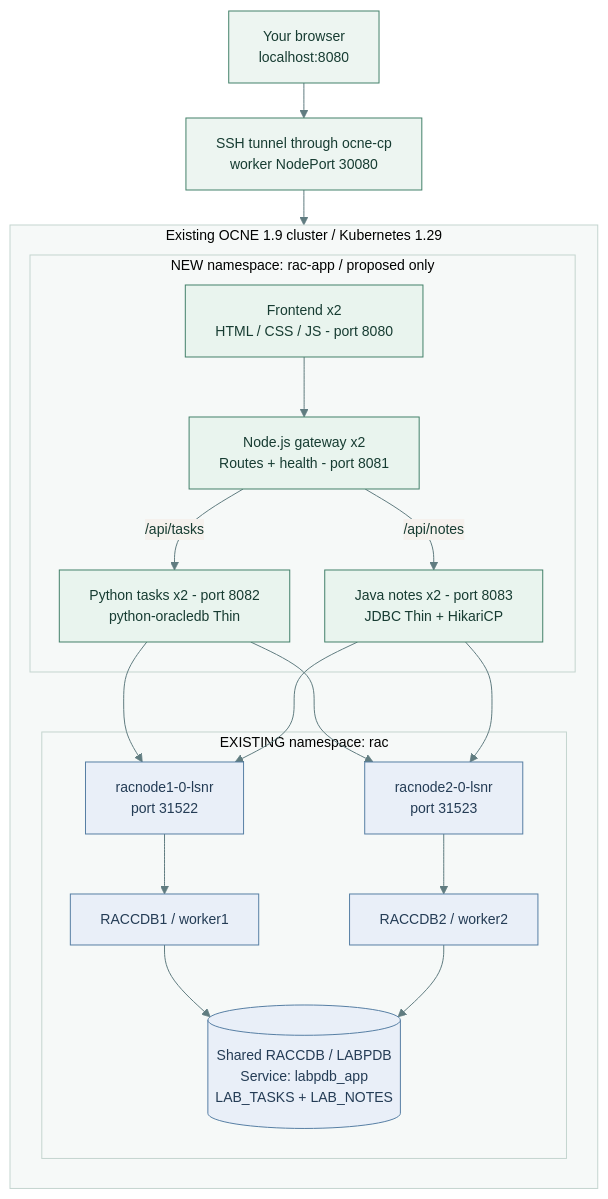
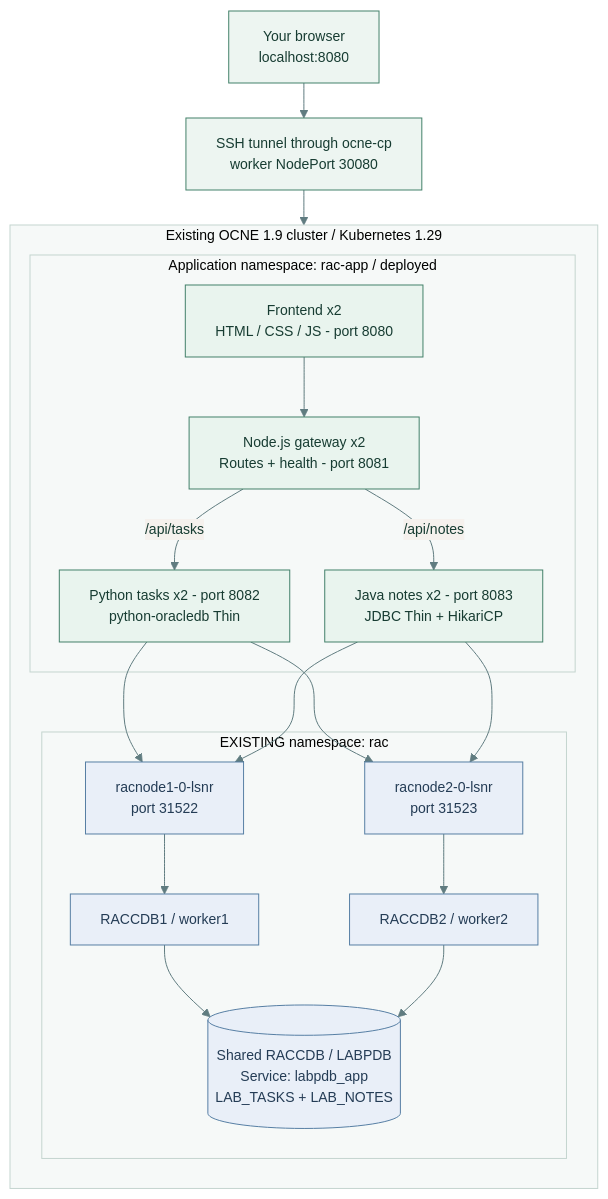
One commit to roopla/ocne-lab-codex changed the diagram in apps/rac-lab-board/docs/diagrams/architecture.mmd. Above: the diagram before and after it, drawn with Mermaid. The commit also changed 42 other files, not shown here.

```diff
--- a/apps/rac-lab-board/docs/diagrams/architecture.mmd
+++ b/apps/rac-lab-board/docs/diagrams/architecture.mmd
@@ -1,33 +1,33 @@
 %%{init: {"theme": "base", "themeVariables": {"fontFamily": "Segoe UI, Arial", "fontSize": "14px", "primaryColor": "#edf5f1", "primaryTextColor": "#173c32", "primaryBorderColor": "#43816a", "lineColor": "#607c80", "clusterBkg": "#f6f9f8", "clusterBorder": "#c4d5cf"}, "flowchart": {"htmlLabels": true, "curve": "basis", "nodeSpacing": 35, "rankSpacing": 35, "wrappingWidth": 260}}}%%
 flowchart TB
   browser["Your browser<br/>localhost:8080"]
   ssh["SSH tunnel through ocne-cp<br/>worker NodePort 30080"]
   subgraph cluster["Existing OCNE 1.9 cluster / Kubernetes 1.29"]
     direction TB
-    subgraph app["NEW namespace: rac-app / proposed only"]
+    subgraph app["Application namespace: rac-app / deployed"]
       frontend["Frontend x2<br/>HTML / CSS / JS - port 8080"]
       gateway["Node.js gateway x2<br/>Routes + health - port 8081"]
       python["Python tasks x2 - port 8082<br/>python-oracledb Thin"]
       java["Java notes x2 - port 8083<br/>JDBC Thin + HikariCP"]
     end
     subgraph existing["EXISTING namespace: rac"]
       l1["racnode1-0-lsnr<br/>port 31522"]
       l2["racnode2-0-lsnr<br/>port 31523"]
       r1["RACCDB1 / worker1"]
       r2["RACCDB2 / worker2"]
       db[("Shared RACCDB / LABPDB<br/>Service: labpdb_app<br/>LAB_TASKS + LAB_NOTES")]
     end
   end
   browser --> ssh --> frontend --> gateway
   gateway -->|/api/tasks| python
   gateway -->|/api/notes| java
   python --> l1 & l2
   java --> l1 & l2
   l1 --> r1
   l2 --> r2
   r1 --> db
   r2 --> db
   classDef appStyle fill:#e9f4ee,stroke:#43816a,color:#173c32
   classDef dataStyle fill:#e9eff8,stroke:#577fa4,color:#243c55
   class frontend,gateway,python,java appStyle
   class l1,l2,r1,r2,db dataStyle
```
